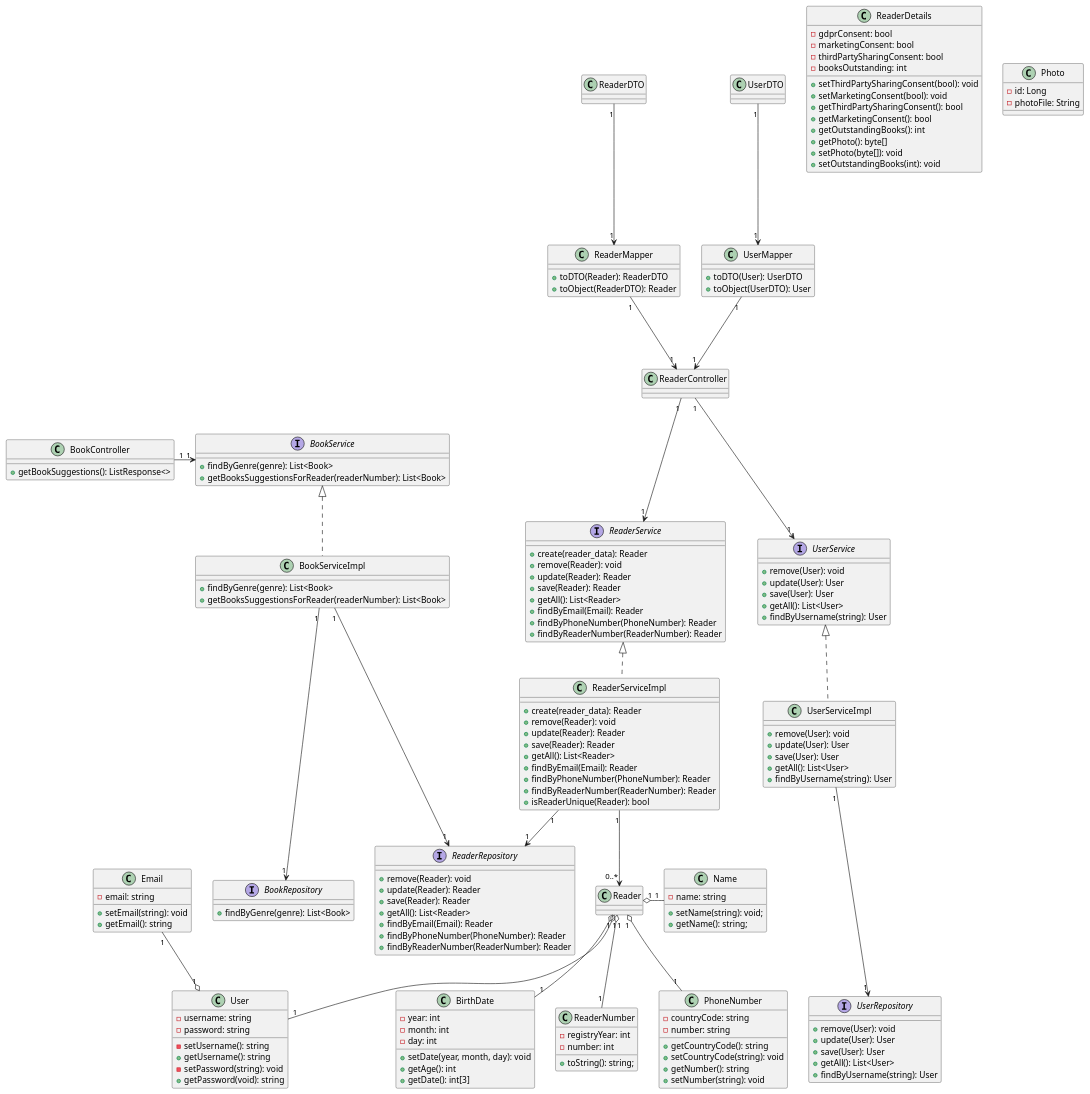
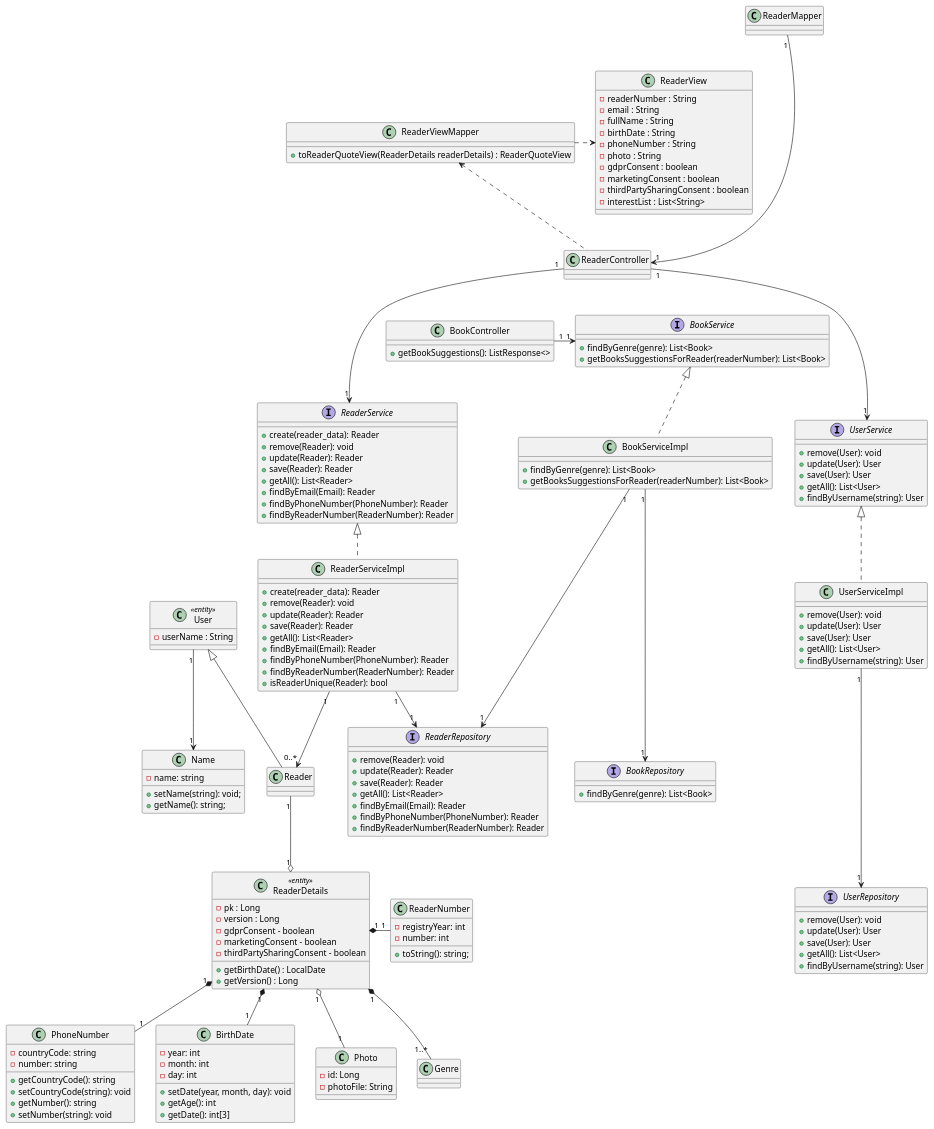
Before and after one commit to rutemf/1220944_1220772_G01: the diagram in Docs/Phase2/WP3B-Readers/WP3B-Readers-CD.puml, drawn with PlantUML. The commit also changed 1 other file, not shown here.

```diff
--- a/Docs/Phase2/WP3B-Readers/WP3B-Readers-CD.puml
+++ b/Docs/Phase2/WP3B-Readers/WP3B-Readers-CD.puml
@@ -1,191 +1,176 @@
 @startuml
 'https://plantuml.com/sequence-diagram
 
 interface ReaderRepository {
     + remove(Reader): void
     + update(Reader): Reader
     + save(Reader): Reader
     + getAll(): List<Reader>
     + findByEmail(Email): Reader
     + findByPhoneNumber(PhoneNumber): Reader
     + findByReaderNumber(ReaderNumber): Reader
 }
 
 interface ReaderService {
     + create(reader_data): Reader
     + remove(Reader): void
     + update(Reader): Reader
     + save(Reader): Reader
     + getAll(): List<Reader>
     + findByEmail(Email): Reader
     + findByPhoneNumber(PhoneNumber): Reader
     + findByReaderNumber(ReaderNumber): Reader
 }
 
 class ReaderServiceImpl implements ReaderService {
     + create(reader_data): Reader
     + remove(Reader): void
     + update(Reader): Reader
     + save(Reader): Reader
     + getAll(): List<Reader>
     + findByEmail(Email): Reader
     + findByPhoneNumber(PhoneNumber): Reader
     + findByReaderNumber(ReaderNumber): Reader
     + isReaderUnique(Reader): bool
 }
 
 class ReaderController {
 }
 
-class ReaderDetails {
-    - gdprConsent: bool
-    - marketingConsent: bool
-    - thirdPartySharingConsent: bool
-    - booksOutstanding: int
-    + setThirdPartySharingConsent(bool): void
-    + setMarketingConsent(bool): void
-    + getThirdPartySharingConsent(): bool
-    + getMarketingConsent(): bool
-    + getOutstandingBooks(): int
-    /'Min: 0 | Max: 3'/
-    + getPhoto(): byte[]
-    + setPhoto(byte[]): void
-    + setOutstandingBooks(int): void
+class ReaderDetails <<entity>>{
+    - pk : Long
+    - version : Long
+    - gdprConsent - boolean
+    - marketingConsent - boolean
+    - thirdPartySharingConsent - boolean
+    + getBirthDate() : LocalDate
+    + getVersion() : Long
+}
+
+class User <<entity>>{
+    - userName : String
+}
+
+class Reader extends User
+
+class ReaderViewMapper{
+ + toReaderQuoteView(ReaderDetails readerDetails) : ReaderQuoteView
+}
+
+class ReaderView{
+    - readerNumber : String
+    - email : String
+    - fullName : String
+    - birthDate : String
+    - phoneNumber : String
+    - photo : String
+    - gdprConsent : boolean
+    - marketingConsent : boolean
+    - thirdPartySharingConsent : boolean
+    - interestList : List<String>
 }
 
 class Name {
     - name: string
     + setName(string): void;
     + getName(): string;
 }
 
 class ReaderNumber {
     - registryYear: int
     - number: int
     + toString(): string;
-}
-
-class Email {
-    - email: string
-    + setEmail(string): void
-    + getEmail(): string
 }
 
 class PhoneNumber {
     - countryCode: string
     - number: string
     + getCountryCode(): string
     + setCountryCode(string): void
     + getNumber(): string
     + setNumber(string): void
 }
 
 class BirthDate {
     - year: int
     - month: int
     - day: int
     + setDate(year, month, day): void
     + getAge(): int
     + getDate(): int[3]
 }
 
-class User {
-    - username: string
-    /'TODO: Falta obter resposta do prof quando à alteração do username. Para já, fica o método como privado e é chamado unicamente no construtor'/
-    - setUsername(): string
-    + getUsername(): string
-    - password: string
-    /'TODO: Falta obter resposta do professor, no moodle, quando à possibilidade da password ser alterada pelo Reader. Método, para já, privado e chamado unicamente no construtor'/
-    - setPassword(string): void
-    + getPassword(void): string
-}
 
 interface UserRepository {
     + remove(User): void
     + update(User): User
     + save(User): User
     + getAll(): List<User>
     + findByUsername(string): User
 }
 
 interface UserService {
     + remove(User): void
     + update(User): User
     + save(User): User
     + getAll(): List<User>
     + findByUsername(string): User
 }
 
 class UserServiceImpl implements UserService {
     + remove(User): void
     + update(User): User
     + save(User): User
     + getAll(): List<User>
     + findByUsername(string): User
-}
-
-class ReaderMapper {
-    + toDTO(Reader): ReaderDTO
-    + toObject(ReaderDTO): Reader
-}
-
-class ReaderDTO {}
-
-class UserDTO {}
-
-class UserMapper {
-    + toDTO(User): UserDTO
-    + toObject(UserDTO): User
 }
 
 class Photo {
     - id: Long
     - photoFile: String
 
 }
 
 interface BookRepository {
     + findByGenre(genre): List<Book>
 }
 
 interface BookService {
     + findByGenre(genre): List<Book>
     + getBooksSuggestionsForReader(readerNumber): List<Book>
 }
 
 class BookServiceImpl implements BookService {
     + findByGenre(genre): List<Book>
     + getBooksSuggestionsForReader(readerNumber): List<Book>
 }
 
 class BookController {
     + getBookSuggestions(): ListResponse<>
 }
 
 BookController "1" -> "1" BookService
 BookServiceImpl "1" ---> "1" BookRepository
 BookServiceImpl "1" ---> "1" ReaderRepository
 
 UserServiceImpl "1" ---> "1" UserRepository
-ReaderDTO "1" ---> "1" ReaderMapper
 
 ReaderMapper "1" ---> "1" ReaderController
 
-UserDTO "1" ---> "1" UserMapper
-UserMapper "1" ---> "1" ReaderController
+ReaderController .up.> ReaderViewMapper
+ReaderViewMapper .right.> ReaderView
 
 ReaderController "1" ---> "1" ReaderService
 ReaderController "1" ---> "1" UserService
-Reader "1" o-down- "1" User
-Reader "1" o- "1" Name
-Reader "1" o-down- "1" ReaderNumber
-User "1" o-up- "1" Email
-Reader "1" o-down- "1" PhoneNumber
-Reader "1" o-down- "1" BirthDate
-'ReaderFactory "1" -> "1" ReaderRepository
-'ReaderService "1" -up-> "1" ReaderFactory
+ReaderDetails "1" o-up- "1" Reader
+ReaderDetails "1" *- "1" ReaderNumber
+ReaderDetails "1" *-- "1" BirthDate
+ReaderDetails "1" *-- "1" PhoneNumber
+ReaderDetails "1" *-- "1..*" Genre
+ReaderDetails "1" o-- "1" Photo
 ReaderServiceImpl "1" --> "0..*" Reader
 ReaderServiceImpl "1" --> "1" ReaderRepository
+User "1" --> "1" Name
 
 
 @enduml
```
